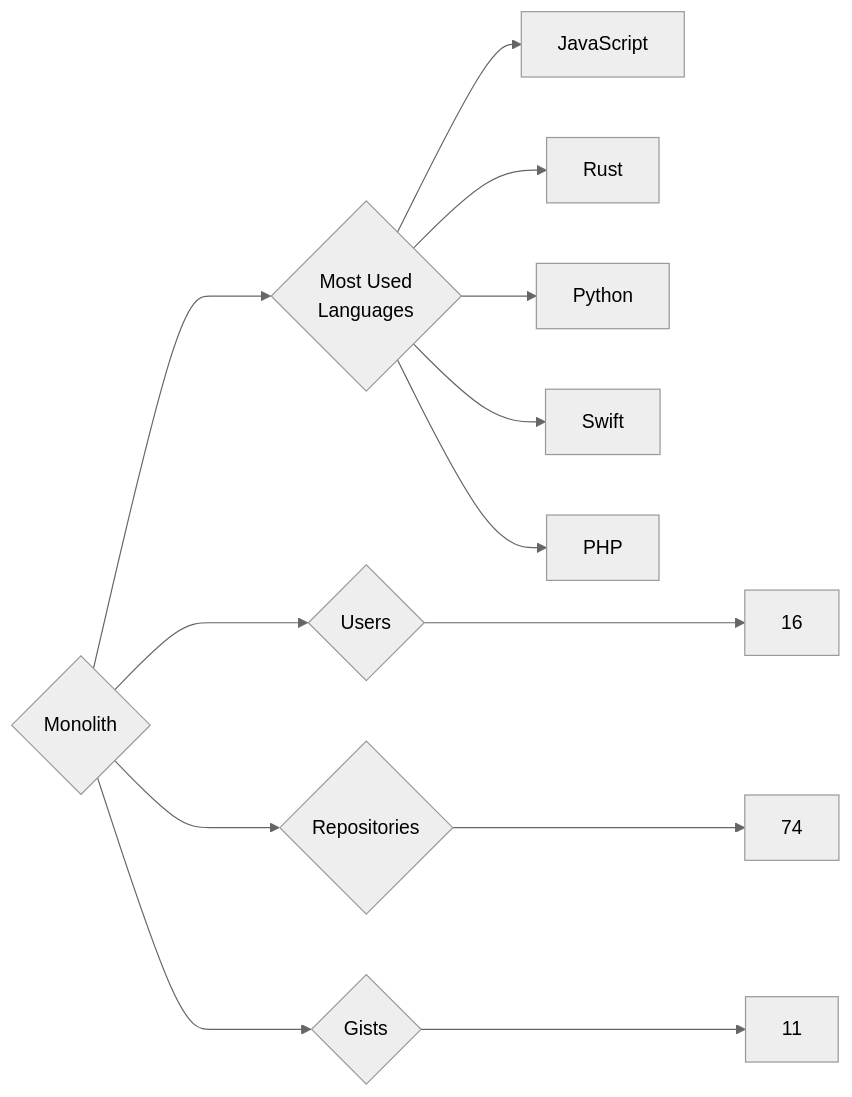
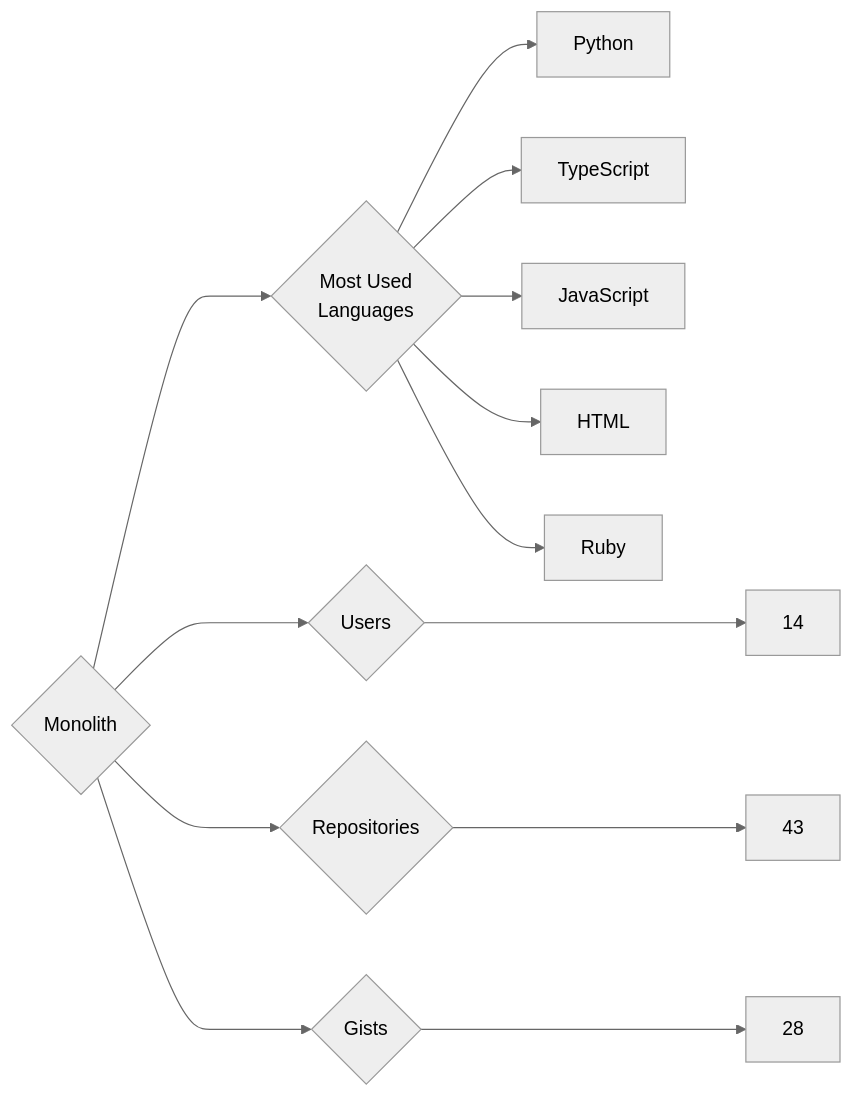
The diagram in targets/Monolith/README.md (trickest/insiders), drawn with Mermaid (neutral theme) before and after one commit. The commit also changed 940 other files, not shown here.

````diff
--- a/targets/Monolith/README.md
+++ b/targets/Monolith/README.md
@@ -3,13 +3,13 @@
 ```mermaid
 graph LR
 COMPANY_NAME{Monolith}
-COMPANY_NAME ---> U{Users} ---> UN[16]
-COMPANY_NAME ---> R{Repositories} ---> RN[74]
-COMPANY_NAME ---> G{Gists} ---> GN[11]
+COMPANY_NAME ---> U{Users} ---> UN[14]
+COMPANY_NAME ---> R{Repositories} ---> RN[43]
+COMPANY_NAME ---> G{Gists} ---> GN[28]
 COMPANY_NAME ---> ML{Most Used<br>Languages}
+ML --> Python[Python]
+ML --> TypeScript[TypeScript]
 ML --> JavaScript[JavaScript]
-ML --> Rust[Rust]
-ML --> Python[Python]
-ML --> Swift[Swift]
-ML --> PHP[PHP]
+ML --> HTML[HTML]
+ML --> Ruby[Ruby]
 ```
````
